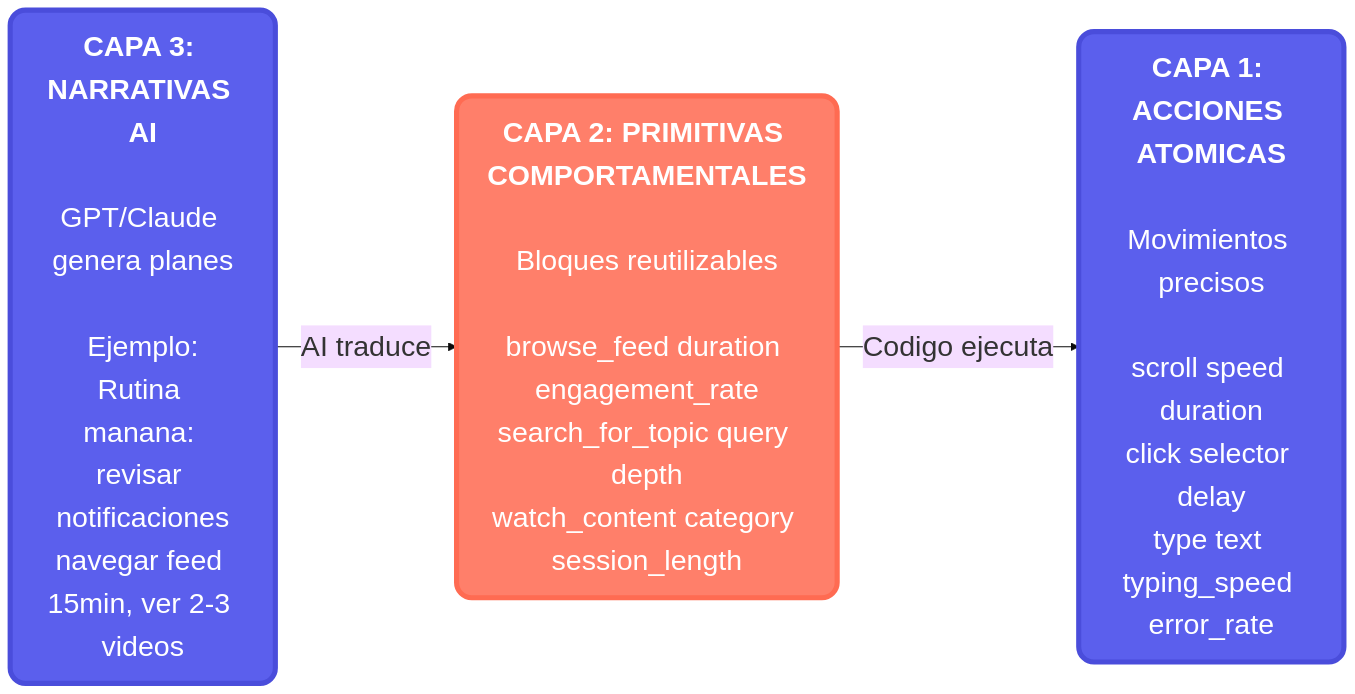
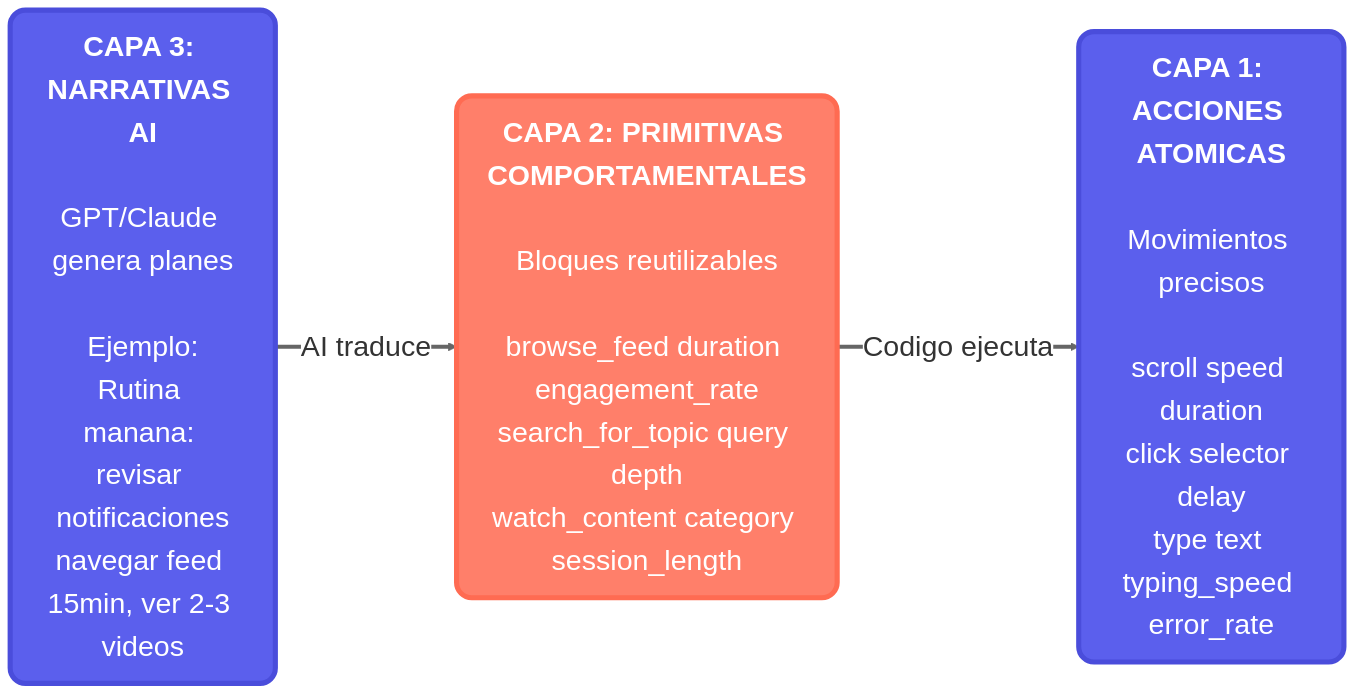
One commit to SeenkaMedia/persona changed the diagram in docs/presentation/visuals/01_intelligence_cycle.mmd. Above: the diagram before and after it, drawn with Mermaid. The commit also changed 11 other files, not shown here.

```diff
--- a/docs/presentation/visuals/01_intelligence_cycle.mmd
+++ b/docs/presentation/visuals/01_intelligence_cycle.mmd
@@ -1,15 +1,18 @@
-%%{init: {'theme':'base', 'themeVariables': { 'fontSize':'28px', 'fontFamily':'Lato, sans-serif'}}}%%
+%%{init: {'theme':'base', 'themeVariables': { 'fontSize':'28px', 'fontFamily':'Lato, sans-serif', 'lineColor':'#666666', 'edgeLabelBackground':'#ffffff'}}}%%
 
 graph LR
     A["<b>CAPA 3: NARRATIVAS AI</b><br/><br/>GPT/Claude genera planes<br/><br/>Ejemplo:<br/>Rutina manana: revisar notificaciones<br/>navegar feed 15min, ver 2-3 videos"]
 
     B["<b>CAPA 2: PRIMITIVAS COMPORTAMENTALES</b><br/><br/>Bloques reutilizables<br/><br/>browse_feed duration engagement_rate<br/>search_for_topic query depth<br/>watch_content category session_length"]
 
     C["<b>CAPA 1: ACCIONES ATOMICAS</b><br/><br/>Movimientos precisos<br/><br/>scroll speed duration<br/>click selector delay<br/>type text typing_speed error_rate"]
 
-    A -->|"AI traduce"| B
-    B -->|"Codigo ejecuta"| C
+    A ==>|"AI traduce"| B
+    B ==>|"Codigo ejecuta"| C
+
+    linkStyle 0 stroke:#666666,stroke-width:4px
+    linkStyle 1 stroke:#666666,stroke-width:4px
 
     style A fill:#5B5FED,stroke:#4A4DDB,stroke-width:5px,color:#fff,rx:15,ry:15
     style B fill:#FF7F6A,stroke:#FF6B52,stroke-width:5px,color:#fff,rx:15,ry:15
     style C fill:#5B5FED,stroke:#4A4DDB,stroke-width:5px,color:#fff,rx:15,ry:15
```
